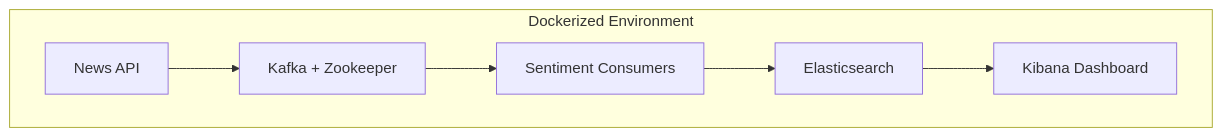
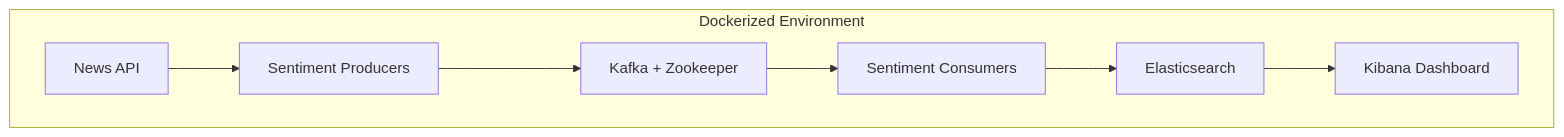
Before and after one commit to MehdiJabir/Trump_news_Sentiment_BERT: the diagram in README.md, drawn with Mermaid.

````diff
--- a/README.md
+++ b/README.md
@@ -24,14 +24,15 @@
 ```mermaid
 graph TD
-A[News API] --> B[Kafka + Zookeeper]
-B --> C[Sentiment Consumers]
-C --> D[Elasticsearch]
-D --> E[Kibana Dashboard]
+A[News API] --> B[Sentiment Producers] ---> C[Kafka + Zookeeper]
+C --> D[Sentiment Consumers]
+D --> E[Elasticsearch]
+E --> F[Kibana Dashboard]
 subgraph Dockerized Environment
 A
 B
 C
 D
 E
+F
 end
 ```
````
